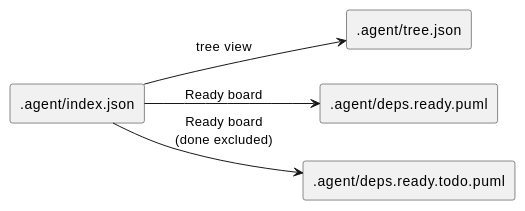
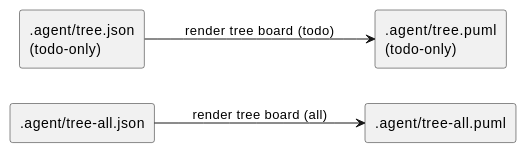
The first of 2 diagrams in spec-deps/current/adrs/adr-00004-ready-board-artifact-naming.md (chemitaro/spec-dock), drawn with PlantUML before and after one commit. The commit also changed other lines of this file and 6 other files, not shown here.

````diff
--- a/spec-deps/current/adrs/adr-00004-ready-board-artifact-naming.md
+++ b/spec-deps/current/adrs/adr-00004-ready-board-artifact-naming.md
@@ -29,15 +32,14 @@
 ```plantuml
 @startuml
 left to right direction
 skinparam shadowing false
 
-rectangle ".agent/index.json" as I
-rectangle ".agent/tree.json" as T
-rectangle ".agent/deps.ready.puml" as R
-rectangle ".agent/deps.ready.todo.puml" as Rt
+rectangle ".agent/tree-all.json" as TAll
+rectangle ".agent/tree.json\n(todo-only)" as TTodo
+rectangle ".agent/tree-all.puml" as PAll
+rectangle ".agent/tree.puml\n(todo-only)" as PTodo
 
-I --> T : tree view
-I --> R : Ready board
-I --> Rt : Ready board\n(done excluded)
+TAll --> PAll : render tree board (all)
+TTodo --> PTodo : render tree board (todo)
 @enduml
 ```
````
